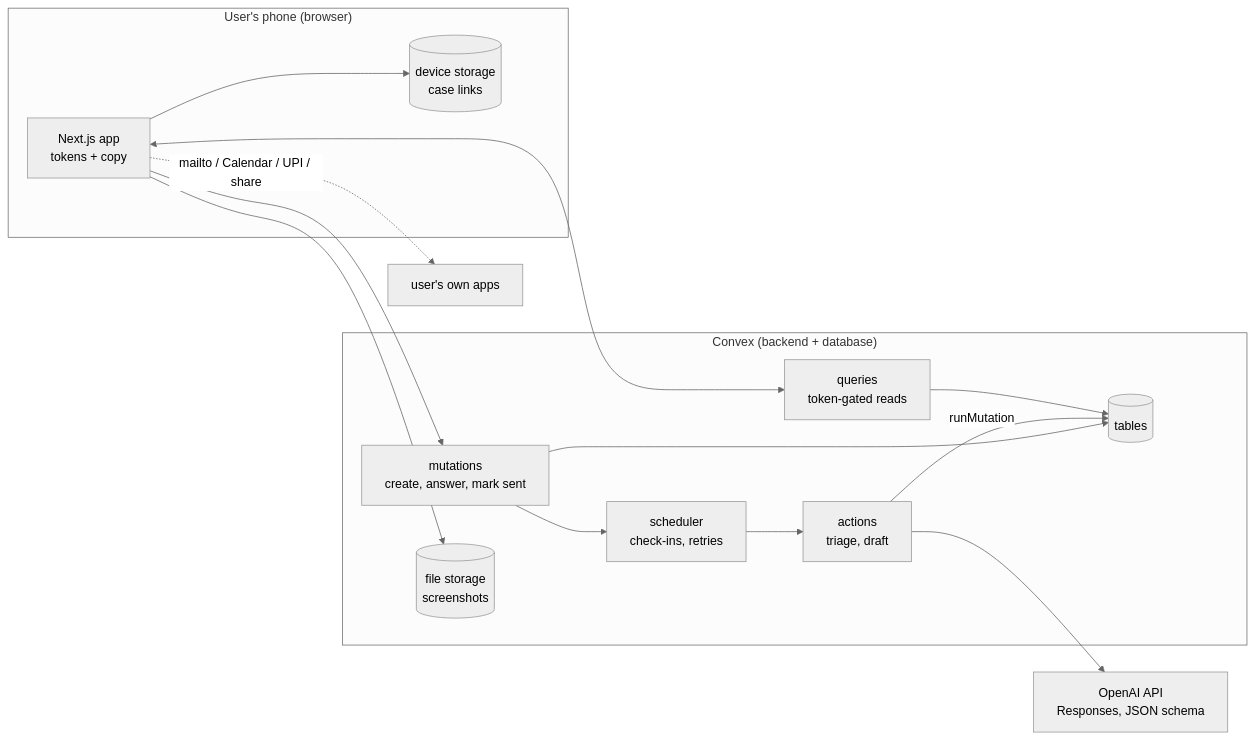
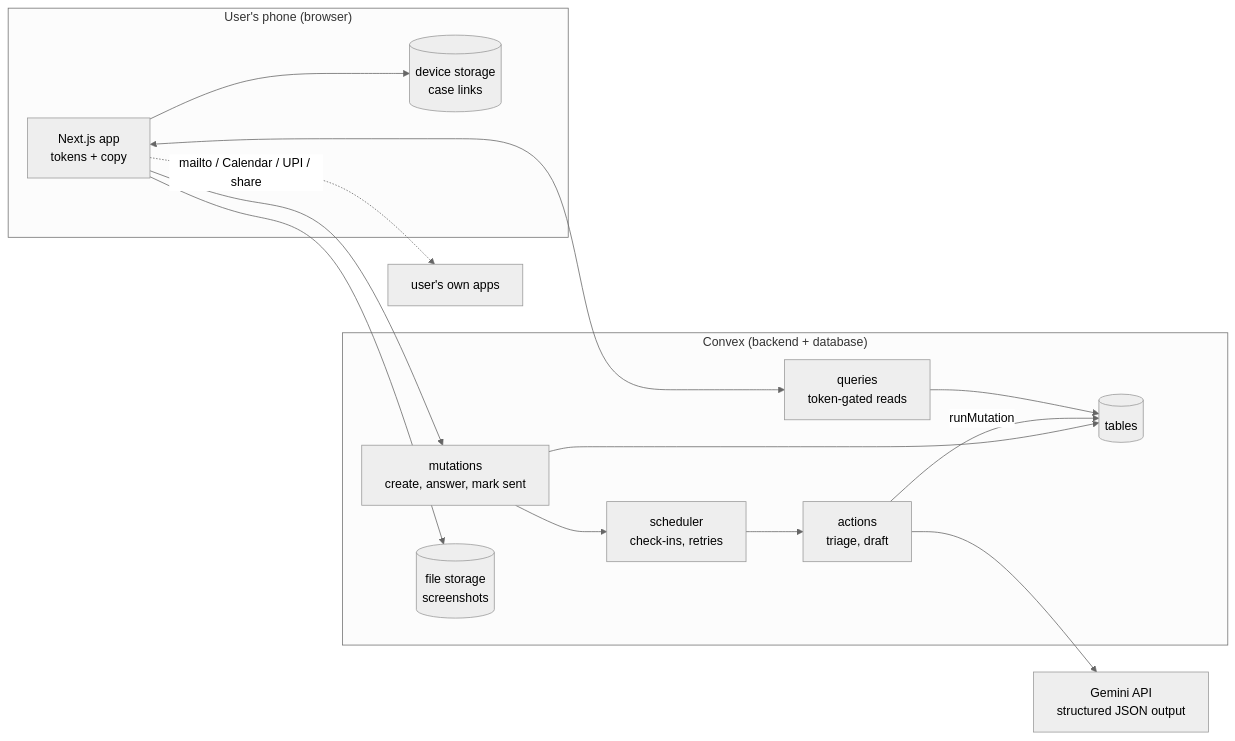
One commit to ganeshjorrigal-spec/gx-getting-money-back changed the first of 2 diagrams in docs/prd/05-backend.md. Above: the diagram before and after it, drawn with Mermaid (neutral theme). The commit also changed other lines of this file and 7 other files, not shown here.

````diff
--- a/docs/prd/05-backend.md
+++ b/docs/prd/05-backend.md
@@ -21,27 +21,27 @@
 ```mermaid
 flowchart LR
   subgraph Phone["User's phone (browser)"]
     UI["Next.js app<br/>tokens + copy"]
     LS[("device storage<br/>case links")]
   end
   subgraph Convex["Convex (backend + database)"]
     M["mutations<br/>create, answer, mark sent"]
     Q["queries<br/>token-gated reads"]
     A["actions<br/>triage, draft"]
     S["scheduler<br/>check-ins, retries"]
     DB[("tables")]
     FS[("file storage<br/>screenshots")]
   end
-  OAI["OpenAI API<br/>Responses, JSON schema"]
+  OAI["Gemini API<br/>structured JSON output"]
   UI <--> Q
   UI --> M
   UI --> FS
   M --> DB
   M --> S
   S --> A
   A --> OAI
   A -->|runMutation| DB
   Q --> DB
   UI --> LS
   UI -. "mailto / Calendar / UPI / share" .-> Apps["user's own apps"]
 ```
````
